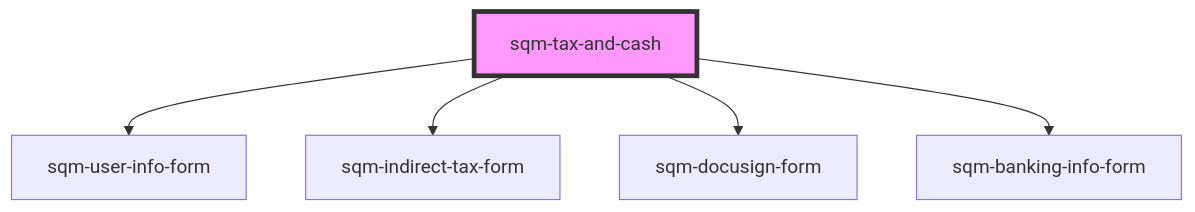
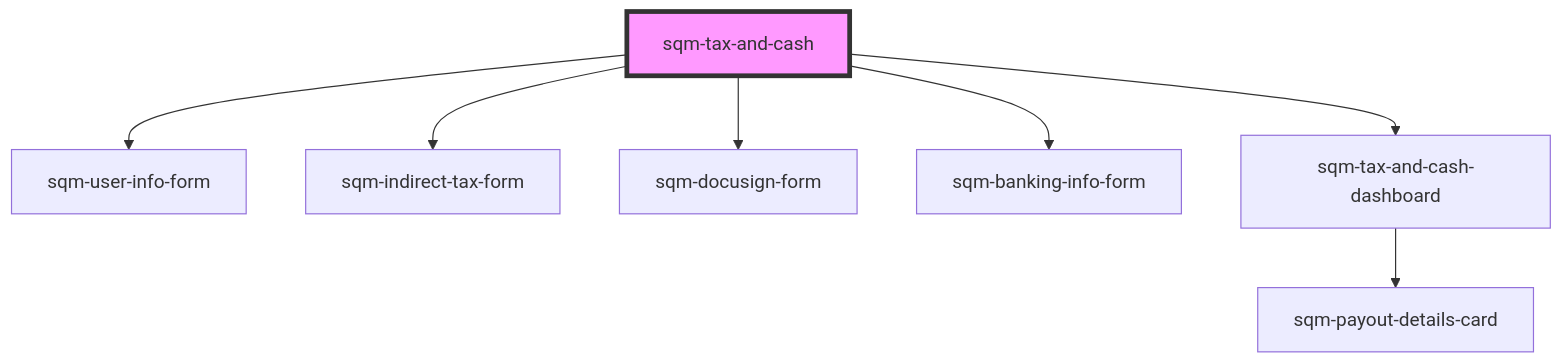
One commit to saasquatch/program-tools changed the diagram in packages/mint-components/src/components/tax-and-cash/sqm-tax-and-cash/readme.md. Above: the diagram before and after it, drawn with Mermaid. The commit also changed other lines of this file and 7 other files, not shown here.

````diff
--- a/packages/mint-components/src/components/tax-and-cash/sqm-tax-and-cash/readme.md
+++ b/packages/mint-components/src/components/tax-and-cash/sqm-tax-and-cash/readme.md
@@ -171,8 +172,10 @@
 ```mermaid
 graph TD;
   sqm-tax-and-cash --> sqm-user-info-form
   sqm-tax-and-cash --> sqm-indirect-tax-form
   sqm-tax-and-cash --> sqm-docusign-form
   sqm-tax-and-cash --> sqm-banking-info-form
+  sqm-tax-and-cash --> sqm-tax-and-cash-dashboard
+  sqm-tax-and-cash-dashboard --> sqm-payout-details-card
   style sqm-tax-and-cash fill:#f9f,stroke:#333,stroke-width:4px
 ```
````
